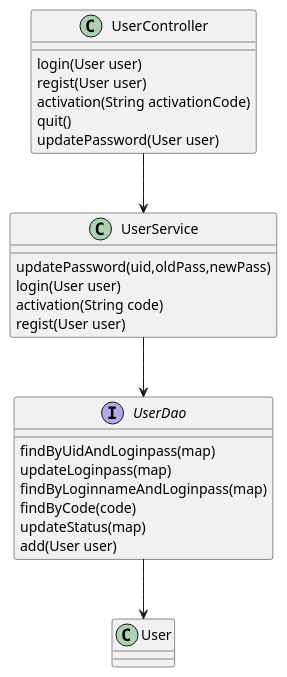
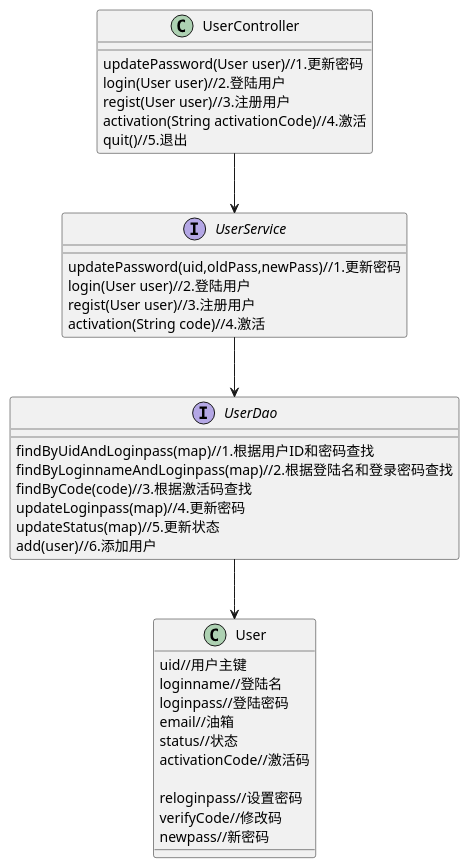
Before and after one commit to king2727/yosebook: the diagram in src/main/resources/uml/用户服务模块.puml, drawn with PlantUML. The commit also changed 8 other files, not shown here.

```diff
--- a/src/main/resources/uml/用户服务模块.puml
+++ b/src/main/resources/uml/用户服务模块.puml
@@ -1,30 +1,42 @@
 @startuml
 
 class UserController {
-    login(User user)
-    regist(User user)
-    activation(String activationCode)
-    quit()
-    updatePassword(User user)
+    updatePassword(User user)//1.更新密码
+    login(User user)//2.登陆用户
+    regist(User user)//3.注册用户
+    activation(String activationCode)//4.激活
+    quit()//5.退出
 }
 
-class UserService{
-	updatePassword(uid,oldPass,newPass)
-	login(User user)
-	activation(String code)
-	regist(User user)
+interface UserService{
+	updatePassword(uid,oldPass,newPass)//1.更新密码
+	login(User user)//2.登陆用户
+	regist(User user)//3.注册用户
+	activation(String code)//4.激活
 }
 
 UserController --> UserService
 UserService --> UserDao
 
 interface UserDao {
-	findByUidAndLoginpass(map)
-	updateLoginpass(map)
-	findByLoginnameAndLoginpass(map)
-	findByCode(code)
-	updateStatus(map)
-	add(User user)
+	findByUidAndLoginpass(map)//1.根据用户ID和密码查找
+	findByLoginnameAndLoginpass(map)//2.根据登陆名和登录密码查找
+	findByCode(code)//3.根据激活码查找
+	updateLoginpass(map)//4.更新密码
+	updateStatus(map)//5.更新状态
+	add(user)//6.添加用户
 }
 UserDao --> User
+class User{
+	uid//用户主键
+	loginname//登陆名
+	loginpass//登陆密码
+	email//油箱
+	status//状态
+	activationCode//激活码
+
+	reloginpass//设置密码
+	verifyCode//修改码
+	newpass//新密码
+}
 @enduml
```
